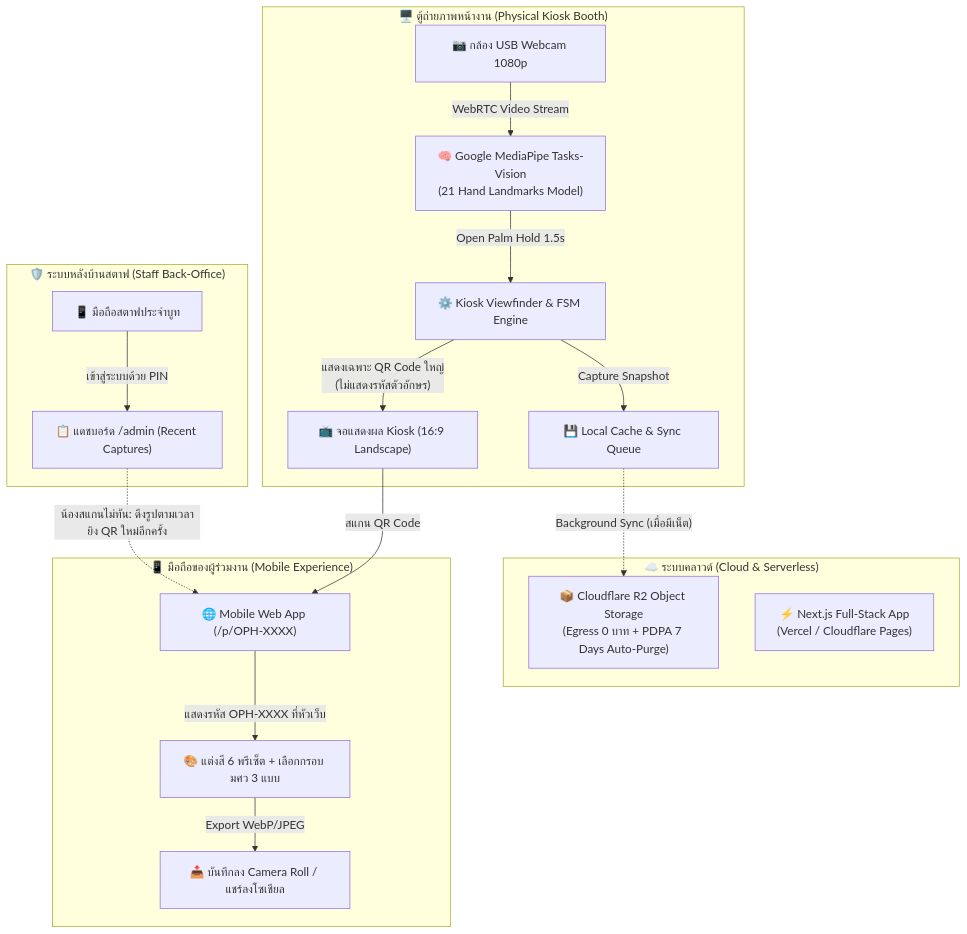
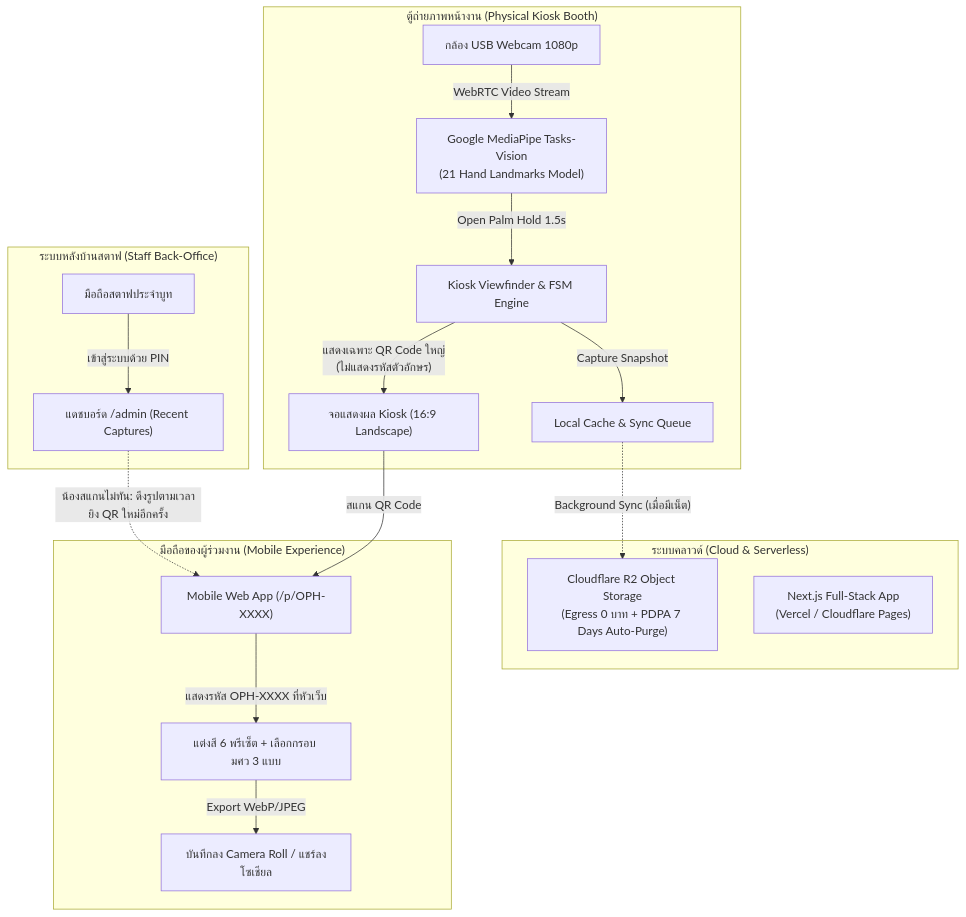
Before and after one commit to icelandz9/swu-openhouse: the first of 2 diagrams in README.md, drawn with Mermaid. The commit also changed other lines of this file, not shown here.

Commit message:
docs: strip emojis and verbose explanations from README, keep only clean headings and diagrams

````diff
--- a/README.md
+++ b/README.md
@@ -17,25 +7,25 @@
 ```mermaid
 flowchart TB
-    subgraph KioskBooth["🖥️ ตู้ถ่ายภาพหน้างาน (Physical Kiosk Booth)"]
-        Cam["📷 กล้อง USB Webcam 1080p"] -->|"WebRTC Video Stream"| Engine["🧠 Google MediaPipe Tasks-Vision<br>(21 Hand Landmarks Model)"]
-        Engine -->|"Open Palm Hold 1.5s"| FSM["⚙️ Kiosk Viewfinder & FSM Engine"]
-        FSM -->|"Capture Snapshot"| LocalQueue["💾 Local Cache & Sync Queue"]
-        FSM -->|"แสดงเฉพาะ QR Code ใหญ่<br>(ไม่แสดงรหัสตัวอักษร)"| Screen["📺 จอแสดงผล Kiosk (16:9 Landscape)"]
+    subgraph KioskBooth["ตู้ถ่ายภาพหน้างาน (Physical Kiosk Booth)"]
+        Cam["กล้อง USB Webcam 1080p"] -->|"WebRTC Video Stream"| Engine["Google MediaPipe Tasks-Vision<br>(21 Hand Landmarks Model)"]
+        Engine -->|"Open Palm Hold 1.5s"| FSM["Kiosk Viewfinder & FSM Engine"]
+        FSM -->|"Capture Snapshot"| LocalQueue["Local Cache & Sync Queue"]
+        FSM -->|"แสดงเฉพาะ QR Code ใหญ่<br>(ไม่แสดงรหัสตัวอักษร)"| Screen["จอแสดงผล Kiosk (16:9 Landscape)"]
     end
 
-    subgraph CloudInfra["☁️ ระบบคลาวด์ (Cloud & Serverless)"]
-        LocalQueue -.->|"Background Sync (เมื่อมีเน็ต)"| R2["📦 Cloudflare R2 Object Storage<br>(Egress 0 บาท + PDPA 7 Days Auto-Purge)"]
-        NextServer["⚡ Next.js Full-Stack App<br>(Vercel / Cloudflare Pages)"]
+    subgraph CloudInfra["ระบบคลาวด์ (Cloud & Serverless)"]
+        LocalQueue -.->|"Background Sync (เมื่อมีเน็ต)"| R2["Cloudflare R2 Object Storage<br>(Egress 0 บาท + PDPA 7 Days Auto-Purge)"]
+        NextServer["Next.js Full-Stack App<br>(Vercel / Cloudflare Pages)"]
     end
 
-    subgraph MobileDevice["📱 มือถือของผู้ร่วมงาน (Mobile Experience)"]
-        Screen -->|"สแกน QR Code"| MobileWeb["🌐 Mobile Web App (/p/OPH-XXXX)"]
-        MobileWeb -->|"แสดงรหัส OPH-XXXX ที่หัวเว็บ"| UserAction["🎨 แต่งสี 6 พรีเซ็ต + เลือกกรอบ มศว 3 แบบ"]
-        UserAction -->|"Export WebP/JPEG"| CameraRoll["📥 บันทึกลง Camera Roll / แชร์ลงโซเชียล"]
+    subgraph MobileDevice["มือถือของผู้ร่วมงาน (Mobile Experience)"]
+        Screen -->|"สแกน QR Code"| MobileWeb["Mobile Web App (/p/OPH-XXXX)"]
+        MobileWeb -->|"แสดงรหัส OPH-XXXX ที่หัวเว็บ"| UserAction["แต่งสี 6 พรีเซ็ต + เลือกกรอบ มศว 3 แบบ"]
+        UserAction -->|"Export WebP/JPEG"| CameraRoll["บันทึกลง Camera Roll / แชร์ลงโซเชียล"]
     end
 
-    subgraph StaffPortal["🛡️ ระบบหลังบ้านสตาฟ (Staff Back-Office)"]
-        StaffPhone["📱 มือถือสตาฟประจำบูท"] -->|"เข้าสู่ระบบด้วย PIN"| AdminDash["📋 แดชบอร์ด /admin (Recent Captures)"]
+    subgraph StaffPortal["ระบบหลังบ้านสตาฟ (Staff Back-Office)"]
+        StaffPhone["มือถือสตาฟประจำบูท"] -->|"เข้าสู่ระบบด้วย PIN"| AdminDash["แดชบอร์ด /admin (Recent Captures)"]
         AdminDash -.->|"น้องสแกนไม่ทัน: ดึงรูปตามเวลายิง QR ใหม่อีกครั้ง"| MobileWeb
     end
 ```
````
